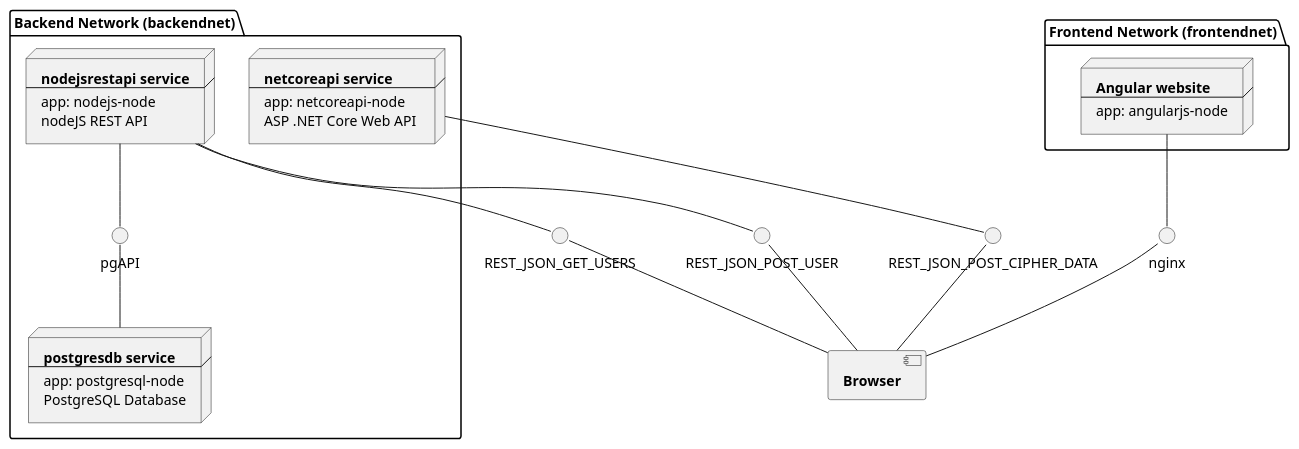
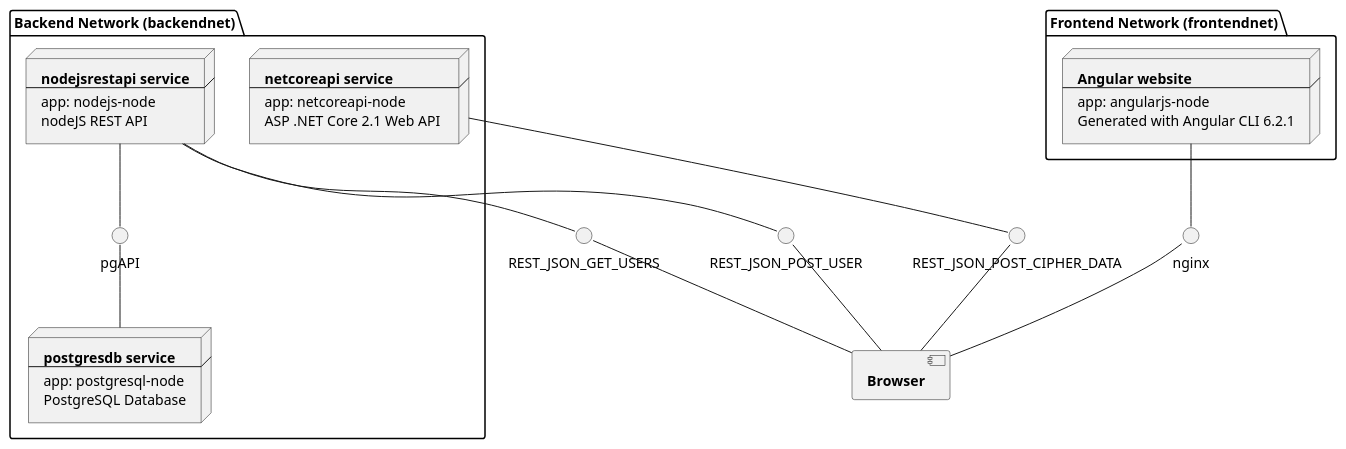
Before and after one commit to anaselhajjaji/DockerStarterArchi: the diagram in system_presentation.puml, drawn with PlantUML.

Commit message:
Update the diagram

```diff
--- a/system_presentation.puml
+++ b/system_presentation.puml
@@ -1,52 +1,53 @@
 @startuml
 
 package "Frontend Network (frontendnet)" {
     node angularwebsite [
         <b>Angular website
         ----
         app: angularjs-node
+        Generated with Angular CLI 6.2.1
     ]
 }
 
 package "Backend Network (backendnet)" {
     node postgresdb [
         <b>postgresdb service
         ----
         app: postgresql-node
         PostgreSQL Database
     ]
 
     node netcoreapi [
         <b>netcoreapi service
         ----
         app: netcoreapi-node
-        ASP .NET Core Web API 
+        ASP .NET Core 2.1 Web API 
     ]
 
     node nodejsrestapi [
         <b>nodejsrestapi service
         ----
         app: nodejs-node
         nodeJS REST API
     ]
 
     [nodejsrestapi] -- pgAPI
     pgAPI -- postgresdb
 }
 
 [nodejsrestapi] -- REST_JSON_GET_USERS
 [nodejsrestapi] -- REST_JSON_POST_USER
 [netcoreapi] -- REST_JSON_POST_CIPHER_DATA
 
 component browser [
     <b>Browser
 ]
 
 [angularwebsite] -- nginx
 nginx -- browser
 
 browser -up- REST_JSON_GET_USERS
 browser -up- REST_JSON_POST_USER
 browser -up- REST_JSON_POST_CIPHER_DATA
 
 @enduml
```
